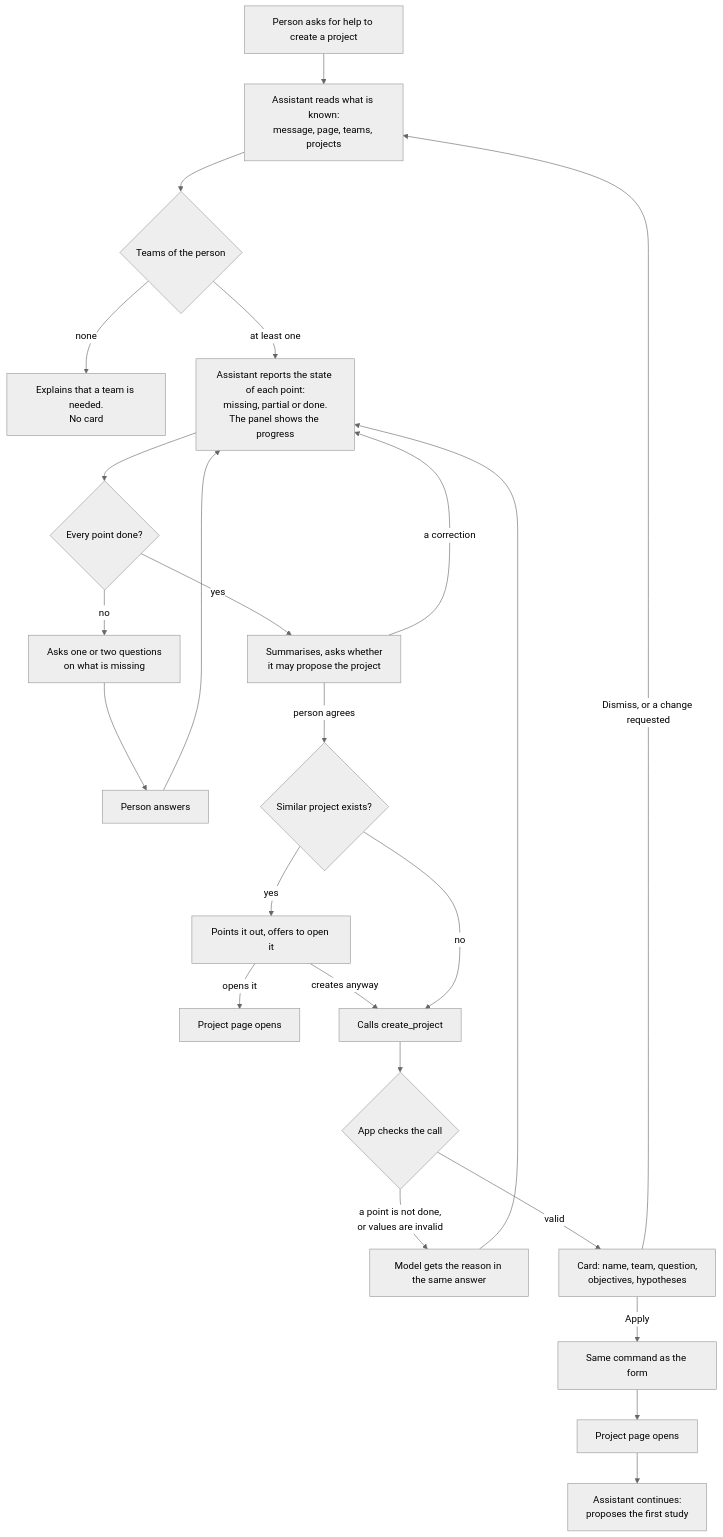
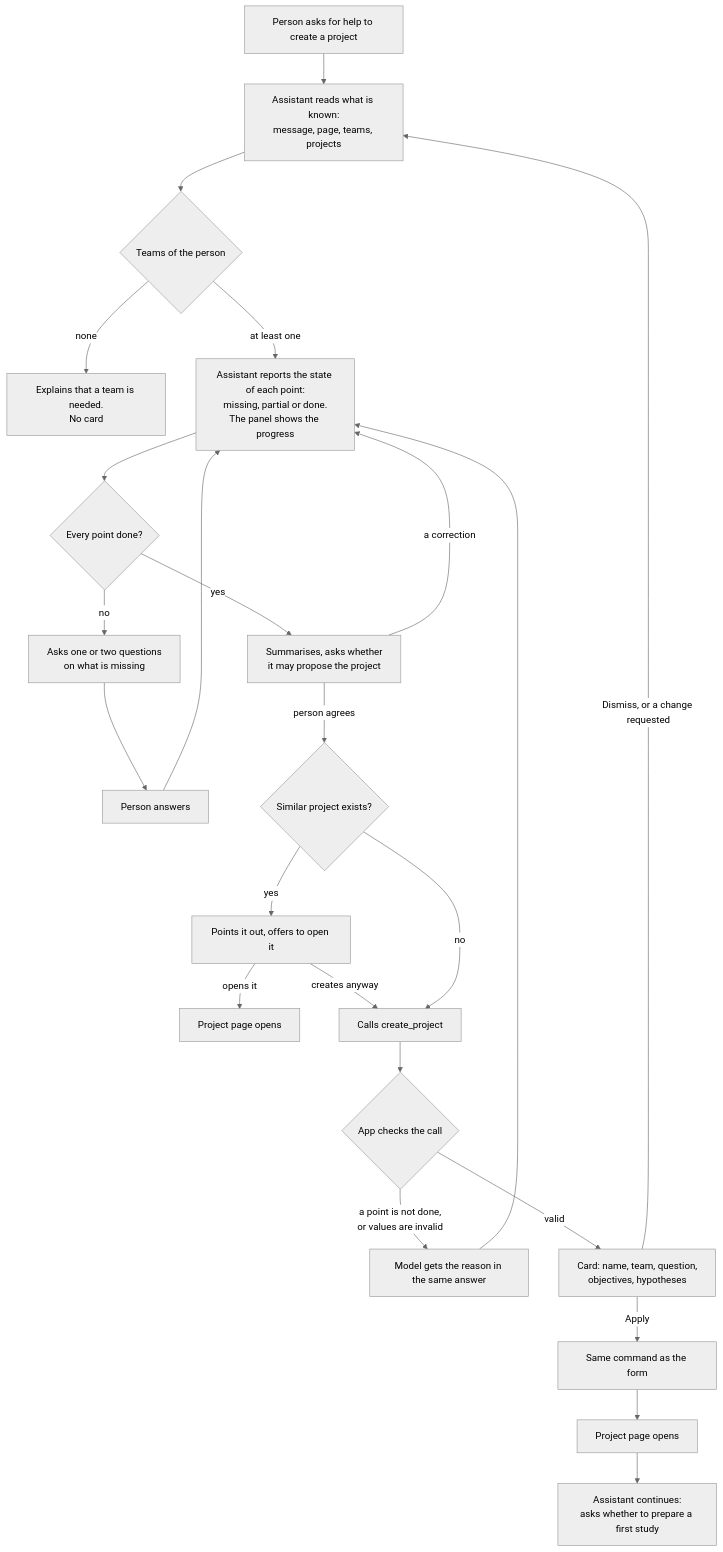
Before and after one commit to binarii-io/goodresearch: the diagram in docs/agent-journeys/01-create-project.md, drawn with Mermaid (neutral theme). The commit also changed other lines of this file and 58 other files, not shown here.

First line of the commit message:
feat(assistant): create a study through a guided dialogue (spec 021) (#31)

````diff
--- a/docs/agent-journeys/01-create-project.md
+++ b/docs/agent-journeys/01-create-project.md
@@ -37,26 +37,26 @@
 ```mermaid
 flowchart TD
     A["Person asks for help to create a project"] --> B["Assistant reads what is known:<br/>message, page, teams, projects"]
     B --> T{"Teams of the person"}
     T -->|"none"| T0["Explains that a team is needed.<br/>No card"]
     T -->|"at least one"| L["Assistant reports the state of each point:<br/>missing, partial or done.<br/>The panel shows the progress"]
     L --> Q{"Every point done?"}
     Q -->|"no"| Q1["Asks one or two questions<br/>on what is missing"]
     Q1 --> E["Person answers"]
     E --> L
     Q -->|"yes"| S["Summarises, asks whether<br/>it may propose the project"]
     S -->|"a correction"| L
     S -->|"person agrees"| DUP{"Similar project exists?"}
     DUP -->|"yes"| DUP1["Points it out, offers to open it"]
     DUP1 -->|"opens it"| OPEN["Project page opens"]
     DUP1 -->|"creates anyway"| P
     DUP -->|"no"| P["Calls create_project"]
     P --> V{"App checks the call"}
     V -->|"a point is not done,<br/>or values are invalid"| V1["Model gets the reason in the same answer"]
     V1 --> L
     V -->|"valid"| C["Card: name, team, question,<br/>objectives, hypotheses"]
     C -->|"Dismiss, or a change requested"| B
     C -->|"Apply"| R["Same command as the form"]
     R --> N["Project page opens"]
-    N --> F["Assistant continues:<br/>proposes the first study"]
+    N --> F["Assistant continues:<br/>asks whether to prepare a first study"]
 ```
````
